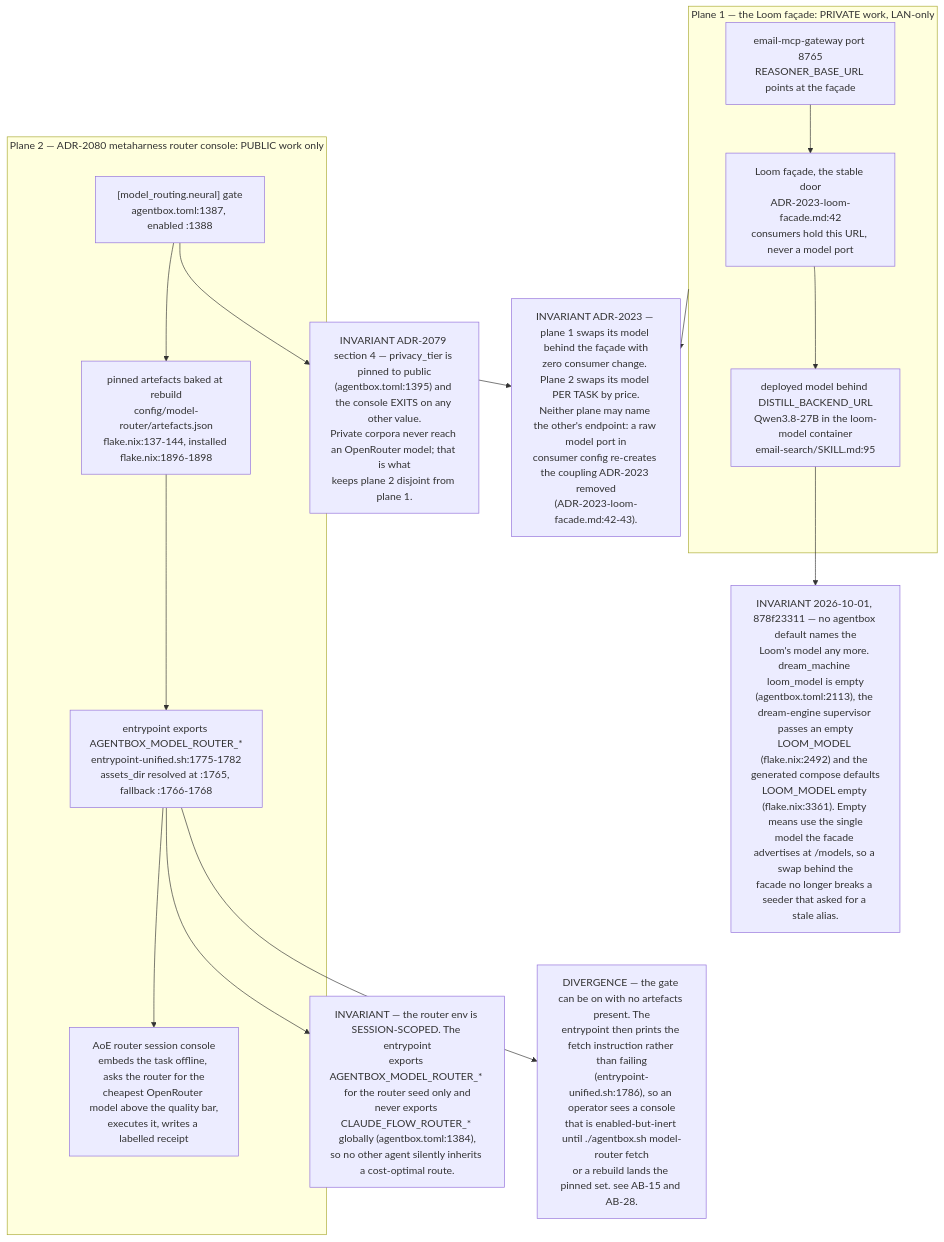
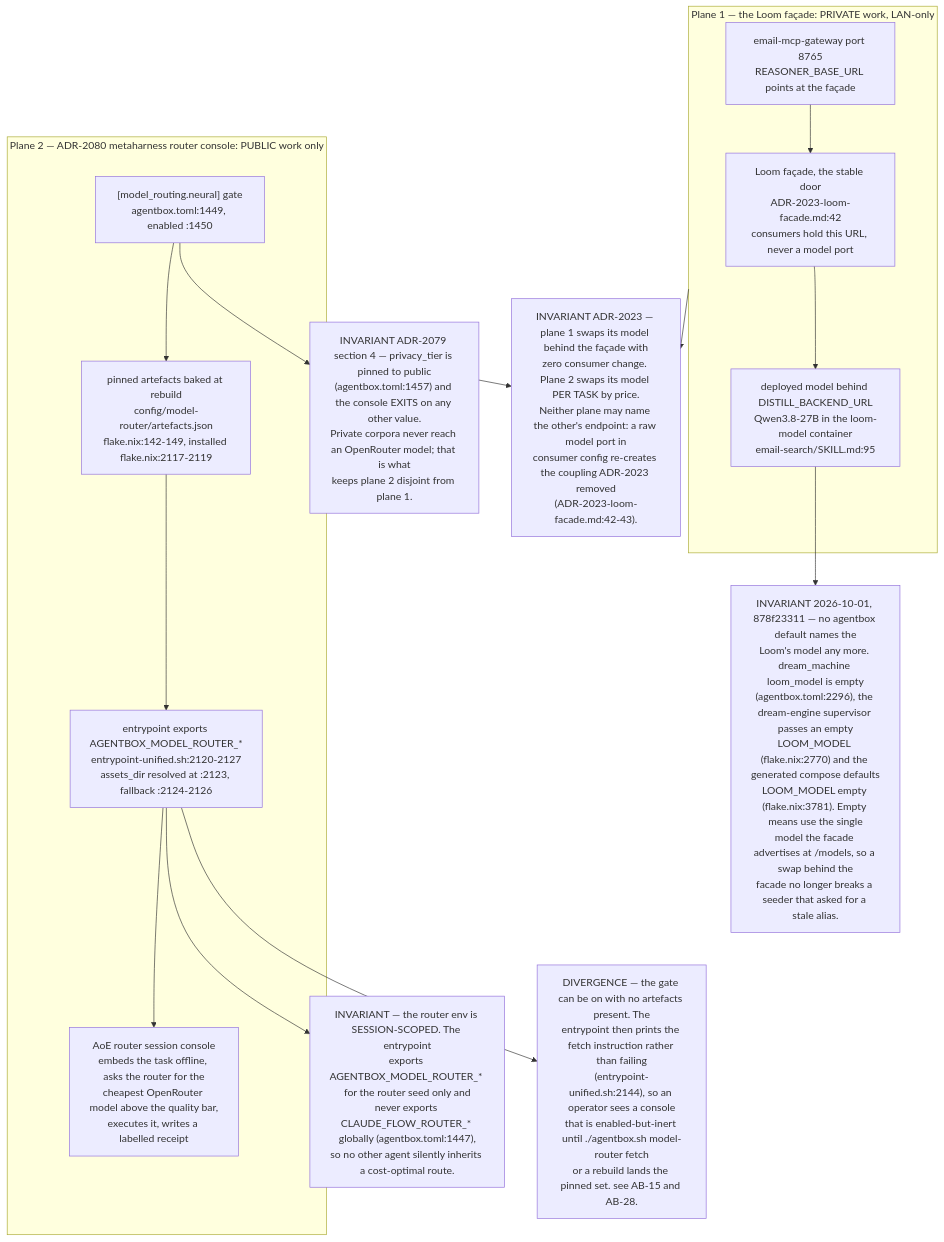
Before and after one commit to DreamLab-AI/VisionFlow: the tenth of 11 diagrams in docs/diagrams/estate/06-loom-and-email-privacy-path.md, drawn with Mermaid. The commit also changed other lines of this file and 111 other files, not shown here.

Commit message:
docs(diagrams): align estate maps with current source

````diff
--- a/docs/diagrams/estate/06-loom-and-email-privacy-path.md
+++ b/docs/diagrams/estate/06-loom-and-email-privacy-path.md
@@ -330,31 +330,31 @@
 ```mermaid
 flowchart TB
     subgraph PRIV["Plane 1 — the Loom façade: PRIVATE work, LAN-only"]
         FAC["Loom façade, the stable door<br/>ADR-2023-loom-facade.md:42<br/>consumers hold this URL, never a model port"]
         MDL["deployed model behind DISTILL_BACKEND_URL<br/>Qwen3.8-27B in the loom-model container<br/>email-search/SKILL.md:95"]
         MAIL["email-mcp-gateway port 8765<br/>REASONER_BASE_URL points at the façade"]
         FAC --> MDL
         MAIL --> FAC
     end
 
     subgraph PUB["Plane 2 — ADR-2080 metaharness router console: PUBLIC work only"]
-        GATE["[model_routing.neural] gate<br/>agentbox.toml:1387, enabled :1388"]
-        ART["pinned artefacts baked at rebuild<br/>config/model-router/artefacts.json<br/>flake.nix:137-144, installed flake.nix:1896-1898"]
-        ENV["entrypoint exports AGENTBOX_MODEL_ROUTER_*<br/>entrypoint-unified.sh:1775-1782<br/>assets_dir resolved at :1765, fallback :1766-1768"]
+        GATE["[model_routing.neural] gate<br/>agentbox.toml:1449, enabled :1450"]
+        ART["pinned artefacts baked at rebuild<br/>config/model-router/artefacts.json<br/>flake.nix:142-149, installed flake.nix:2117-2119"]
+        ENV["entrypoint exports AGENTBOX_MODEL_ROUTER_*<br/>entrypoint-unified.sh:2120-2127<br/>assets_dir resolved at :2123, fallback :2124-2126"]
         CON["AoE router session console<br/>embeds the task offline, asks the router for the<br/>cheapest OpenRouter model above the quality bar,<br/>executes it, writes a labelled receipt"]
         GATE --> ART --> ENV --> CON
     end
 
-    INV1["INVARIANT ADR-2079 section 4 — privacy_tier is pinned to public<br/>(agentbox.toml:1395) and the console EXITS on any other value.<br/>Private corpora never reach an OpenRouter model; that is what<br/>keeps plane 2 disjoint from plane 1."]
-    INV2["INVARIANT — the router env is SESSION-SCOPED. The entrypoint<br/>exports AGENTBOX_MODEL_ROUTER_* for the router seed only and<br/>never exports CLAUDE_FLOW_ROUTER_* globally (agentbox.toml:1384),<br/>so no other agent silently inherits a cost-optimal route."]
+    INV1["INVARIANT ADR-2079 section 4 — privacy_tier is pinned to public<br/>(agentbox.toml:1457) and the console EXITS on any other value.<br/>Private corpora never reach an OpenRouter model; that is what<br/>keeps plane 2 disjoint from plane 1."]
+    INV2["INVARIANT — the router env is SESSION-SCOPED. The entrypoint<br/>exports AGENTBOX_MODEL_ROUTER_* for the router seed only and<br/>never exports CLAUDE_FLOW_ROUTER_* globally (agentbox.toml:1447),<br/>so no other agent silently inherits a cost-optimal route."]
     INV3["INVARIANT ADR-2023 — plane 1 swaps its model behind the façade with<br/>zero consumer change. Plane 2 swaps its model PER TASK by price.<br/>Neither plane may name the other's endpoint: a raw model port in<br/>consumer config re-creates the coupling ADR-2023 removed<br/>(ADR-2023-loom-facade.md:42-43)."]
-    DEG["DIVERGENCE — the gate can be on with no artefacts present. The<br/>entrypoint then prints the fetch instruction rather than failing<br/>(entrypoint-unified.sh:1786), so an operator sees a console<br/>that is enabled-but-inert until ./agentbox.sh model-router fetch<br/>or a rebuild lands the pinned set. see AB-15 and AB-28."]
+    DEG["DIVERGENCE — the gate can be on with no artefacts present. The<br/>entrypoint then prints the fetch instruction rather than failing<br/>(entrypoint-unified.sh:2144), so an operator sees a console<br/>that is enabled-but-inert until ./agentbox.sh model-router fetch<br/>or a rebuild lands the pinned set. see AB-15 and AB-28."]
 
-    NOPIN["INVARIANT 2026-10-01, 878f23311 — no agentbox default names the<br/>Loom's model any more. dream_machine loom_model is empty<br/>(agentbox.toml:2113), the dream-engine supervisor passes an empty<br/>LOOM_MODEL (flake.nix:2492) and the generated compose defaults<br/>LOOM_MODEL empty (flake.nix:3361). Empty means use the single<br/>model the facade advertises at /models, so a swap behind the<br/>facade no longer breaks a seeder that asked for a stale alias."]
+    NOPIN["INVARIANT 2026-10-01, 878f23311 — no agentbox default names the<br/>Loom's model any more. dream_machine loom_model is empty<br/>(agentbox.toml:2296), the dream-engine supervisor passes an empty<br/>LOOM_MODEL (flake.nix:2770) and the generated compose defaults<br/>LOOM_MODEL empty (flake.nix:3781). Empty means use the single<br/>model the facade advertises at /models, so a swap behind the<br/>facade no longer breaks a seeder that asked for a stale alias."]
     MDL --> NOPIN
     PRIV --> INV3
     PUB --> INV3
     GATE --> INV1
     ENV --> INV2
     ENV --> DEG
 ```
````
